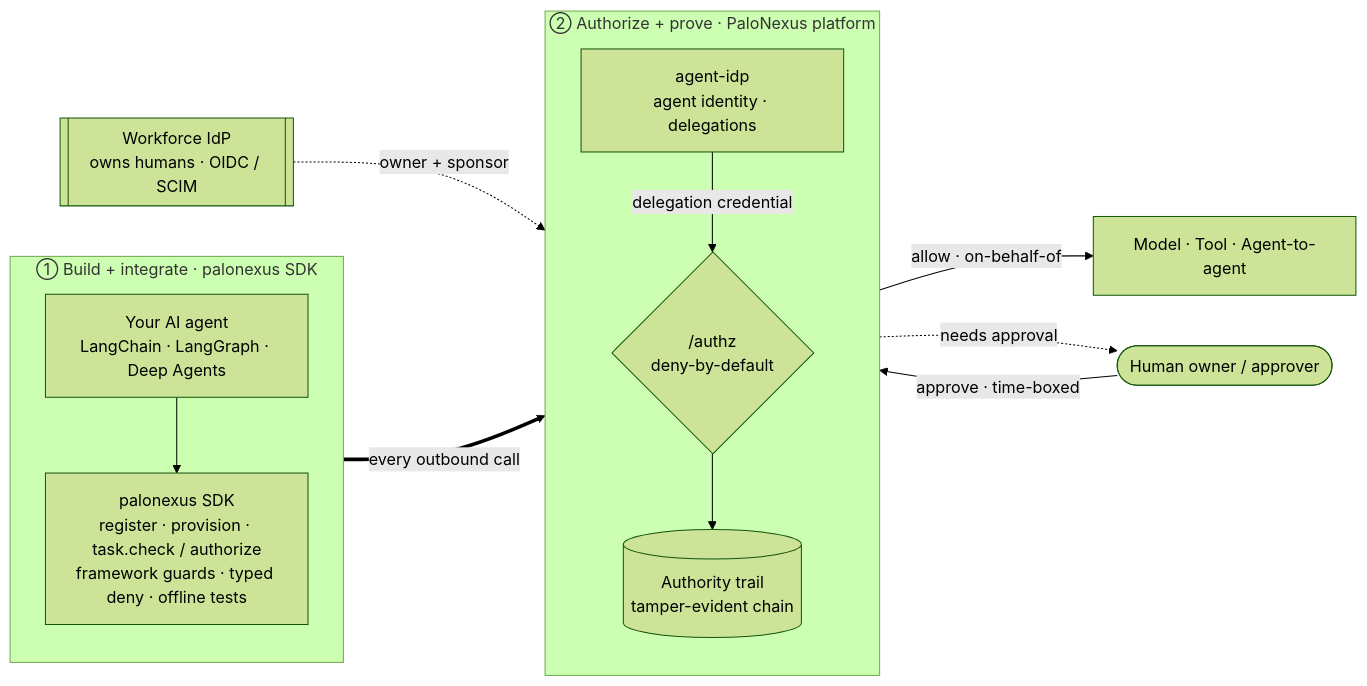
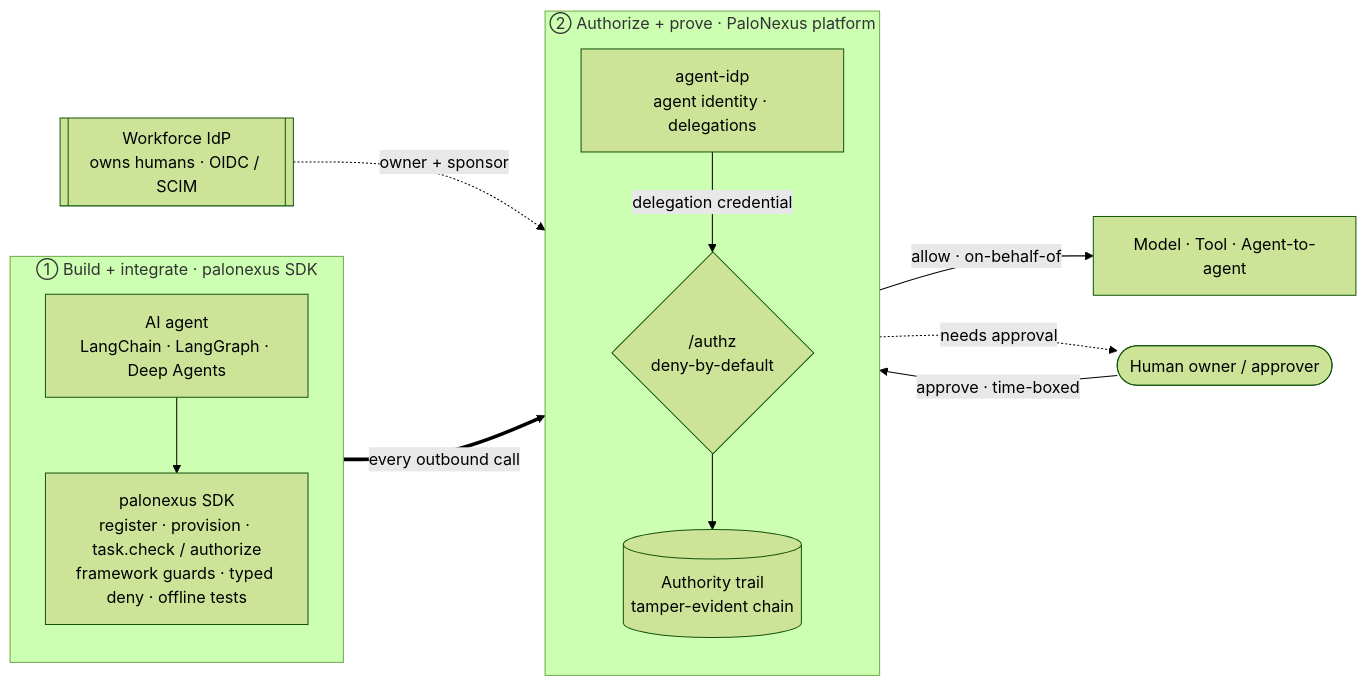
One commit to remrem-apps/palonexus-web changed the diagram in src/content/docs/index.mdx. Above: the diagram before and after it, drawn with Mermaid (forest theme). The commit also changed other lines of this file and 62 other files, not shown here.

````diff
--- a/src/content/docs/index.mdx
+++ b/src/content/docs/index.mdx
@@ -79,28 +78,28 @@
 ```mermaid
 flowchart LR
   subgraph build["① Build + integrate · palonexus SDK"]
     direction TB
-    agent["Your AI agent<br/>LangChain · LangGraph · Deep Agents"]
+    agent["AI agent<br/>LangChain · LangGraph · Deep Agents"]
     sdk["palonexus SDK<br/>register · provision · task.check / authorize<br/>framework guards · typed deny · offline tests"]
     agent --> sdk
   end
 
   subgraph run["② Authorize + prove · PaloNexus platform"]
     direction TB
     authz{"/authz<br/>deny-by-default"}
     idp["agent-idp<br/>agent identity · delegations"]
     audit[("Authority trail<br/>tamper-evident chain")]
     authz --> audit
   end
 
   wf[["Workforce IdP<br/>owns humans · OIDC / SCIM"]]
   human(["Human owner / approver"])
   target["Model · Tool · Agent-to-agent"]
 
   wf -. "owner + sponsor" .-> idp
   sdk == "every outbound call" ==> authz
   authz -- "allow · on-behalf-of" --> target
   authz -. "needs approval" .-> human
   human -- "approve · time-boxed" --> idp
   idp -- "delegation credential" --> authz
 ```
````
